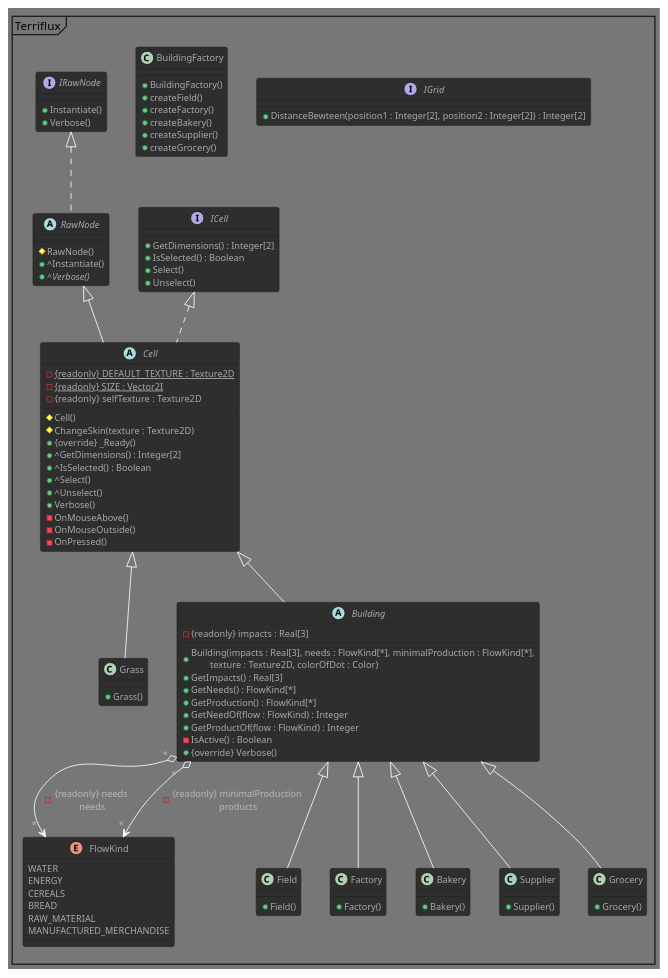
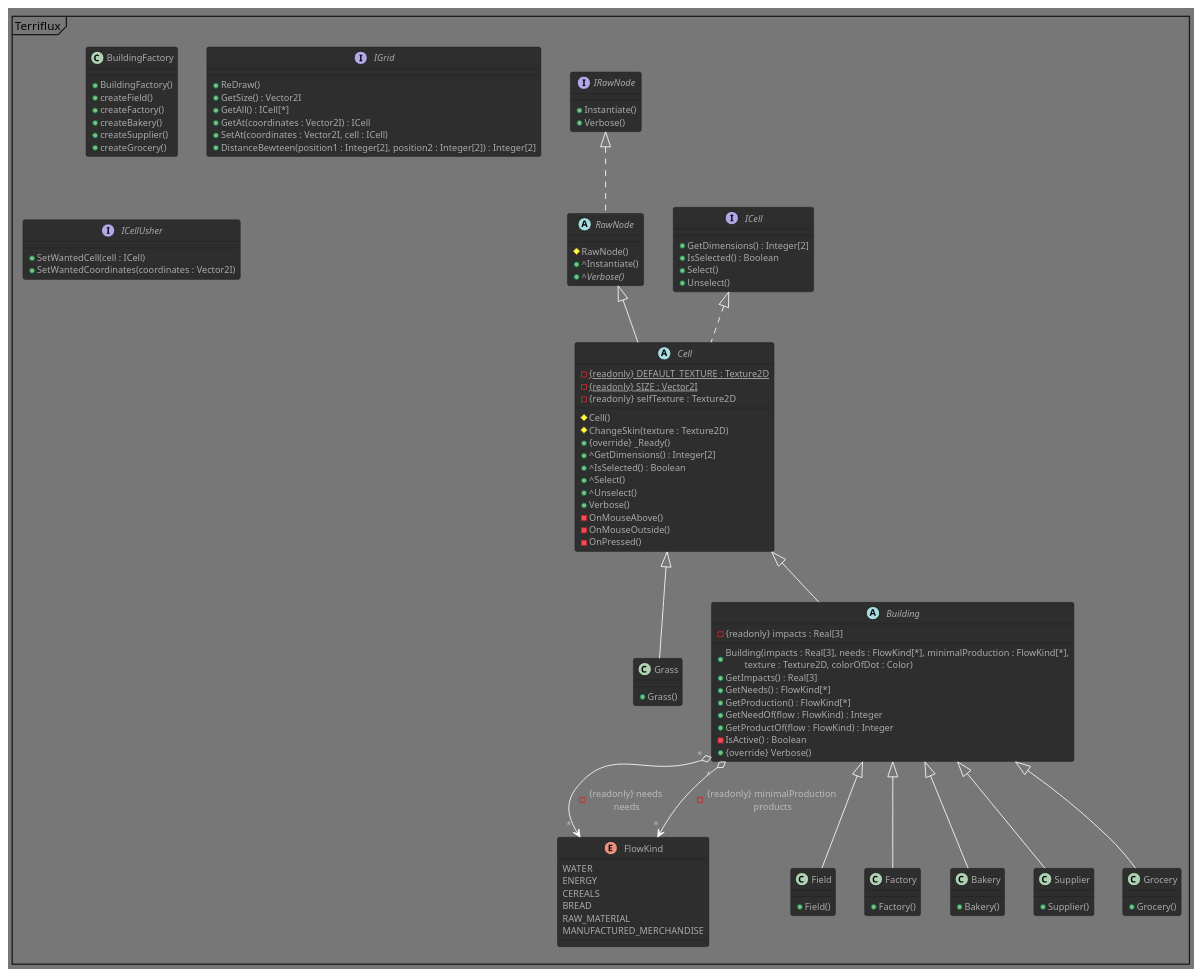
Before and after one commit to Spidermatou/Terriflux: the diagram in Terriflux.puml, drawn with PlantUML. The commit also changed 1 other file, not shown here.

Commit message:
Cells usher

```diff
--- a/Terriflux.puml
+++ b/Terriflux.puml
@@ -1,109 +1,123 @@
 @startuml
 !theme reddress-darkgreen
 
 mainframe Terriflux
 
 /' GENERAL '/
 interface IRawNode  /' Any node of our own creation '/
 {
     + Instantiate() /' substitutes GD.Load '/
     + Verbose()
 }
 abstract RawNode implements IRawNode /' extends Godot.Node '/
 {
     # RawNode() /' this.Name = this.getClass().ToString() '/ 
     + ^Instantiate() /' (IRawNode) GD.Load<PackedScene>(chemin_vers_noeud + noeud.Name) '/
     + ^{abstract} Verbose()
 }
 
 /' CELLS '/
 interface ICell 
 {
     + GetDimensions() : Integer[2] /' VectorI(x, y) '/
     + IsSelected() : Boolean
     + Select()
     + Unselect() /' TODO - actuel ResetTexture '/
 }
 abstract Cell extends RawNode implements ICell
 {
     - {static} {readonly} DEFAULT_TEXTURE : Texture2D
     - {static} {readonly} SIZE : Vector2I 
     - {readonly} selfTexture : Texture2D
     # Cell()
     # ChangeSkin(texture : Texture2D)
     + {override} _Ready() /' ChangeSkin() '/
     + ^GetDimensions() : Integer[2] 
     + ^IsSelected() : Boolean
     + ^Select()
     + ^Unselect() 
     + Verbose()
     - OnMouseAbove()
     - OnMouseOutside()
     - OnPressed()
 }
 class Grass extends Cell
 {
     + Grass() 
 }
 abstract Building extends Cell
 {
     - {readonly} impacts : Real[3]
     + Building(impacts : Real[3], needs : FlowKind[*], minimalProduction : FlowKind[*],\n\ttexture : Texture2D, colorOfDot : Color)
     + GetImpacts() : Real[3]
     + GetNeeds() : FlowKind[*]
     + GetProduction() : FlowKind[*]     /' minimal product '/
     + GetNeedOf(flow : FlowKind) : Integer
     + GetProductOf(flow : FlowKind) : Integer        /' minimal product '/
     - IsActive() : Boolean /' will produce sth this turn '/
     + {override} Verbose()
 }
 /' needs & minimalProduction = (FlowKind, Integer)[*] '/
 Building" * " o--> " * "FlowKind : - {readonly} needs \n needs      
 Building" * " o--> " * "FlowKind : - {readonly} minimalProduction \n products
 enum FlowKind
 {
     WATER
     ENERGY
     CEREALS
     BREAD
     RAW_MATERIAL
     MANUFACTURED_MERCHANDISE
 }
 class Field extends Building
 {
     + Field()       /' 1.5, 4.0, -2.0; WATER,1 ; CEREALS,2 ; #Ce517b '/
 }
 class Factory extends Building
 {
     + Factory()    /' 8.5, -23.0, -11.8 ; WATER,3, ENERGY,7, RAW_MATERIAL,4 ; MANUFACTURED_MERCHANDISE,5 ; #Ce7651 '/
 }
 class Bakery extends Building
 {
     + Bakery()      /' 3.0, -1.0, -4.0 ; WATER,2, ENERGY,1, CEREALS,2 ; BREAD,3 ; #Ceb851 '/
 }
 class Supplier extends Building
 {
     + Supplier()        /' 2.5, -2.0, -5.0 ; ; WATER,5, ENERGY,6 ; #51ce60 '/
 }
 class Grocery extends Building
 {
     + Grocery()         /' 15.0, -2.5, -2.5 ; MANUFACTURED_MERCHANDISE,3, ENERGY,1 ; #51ceb4 '/
 }
 class BuildingFactory
 {
     + BuildingFactory()
     + createField()
     + createFactory()
     + createBakery()
     + createSupplier()
     + createGrocery()
 }
 
+
+
 interface IGrid
 {
+    + ReDraw()              /' old update() & forceUpdate() '/  
+    + GetSize() : Vector2I
+    + GetAll() : ICell[*]       /' (ICell, Vector2I)[*] '/
+    + GetAt(coordinates : Vector2I) : ICell
+    + SetAt(coordinates : Vector2I, cell : ICell)
     + DistanceBewteen(position1 : Integer[2], position2 : Integer[2]) : Integer[2] /' Tuple<int, int> '/
+}
+/' gere uniquement le placement de cellule (et donc batiments) 
+et les operations qui le precedent/suivent (choix du type, des coordonnees, etc) '/
+interface ICellUsher  
+{
+    + SetWantedCell(cell : ICell)
+    + SetWantedCoordinates(coordinates : Vector2I)
 }
 
 
 
 @enduml
```
